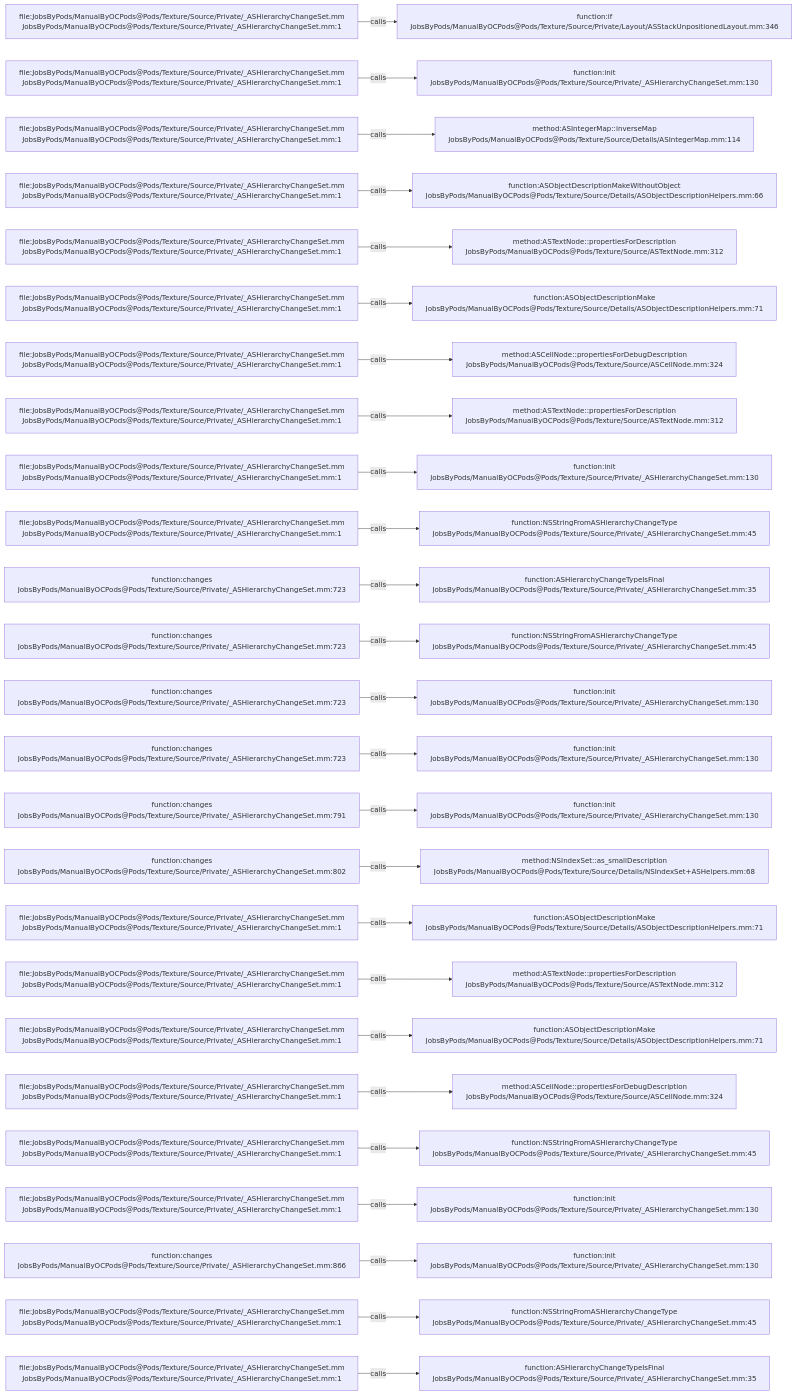
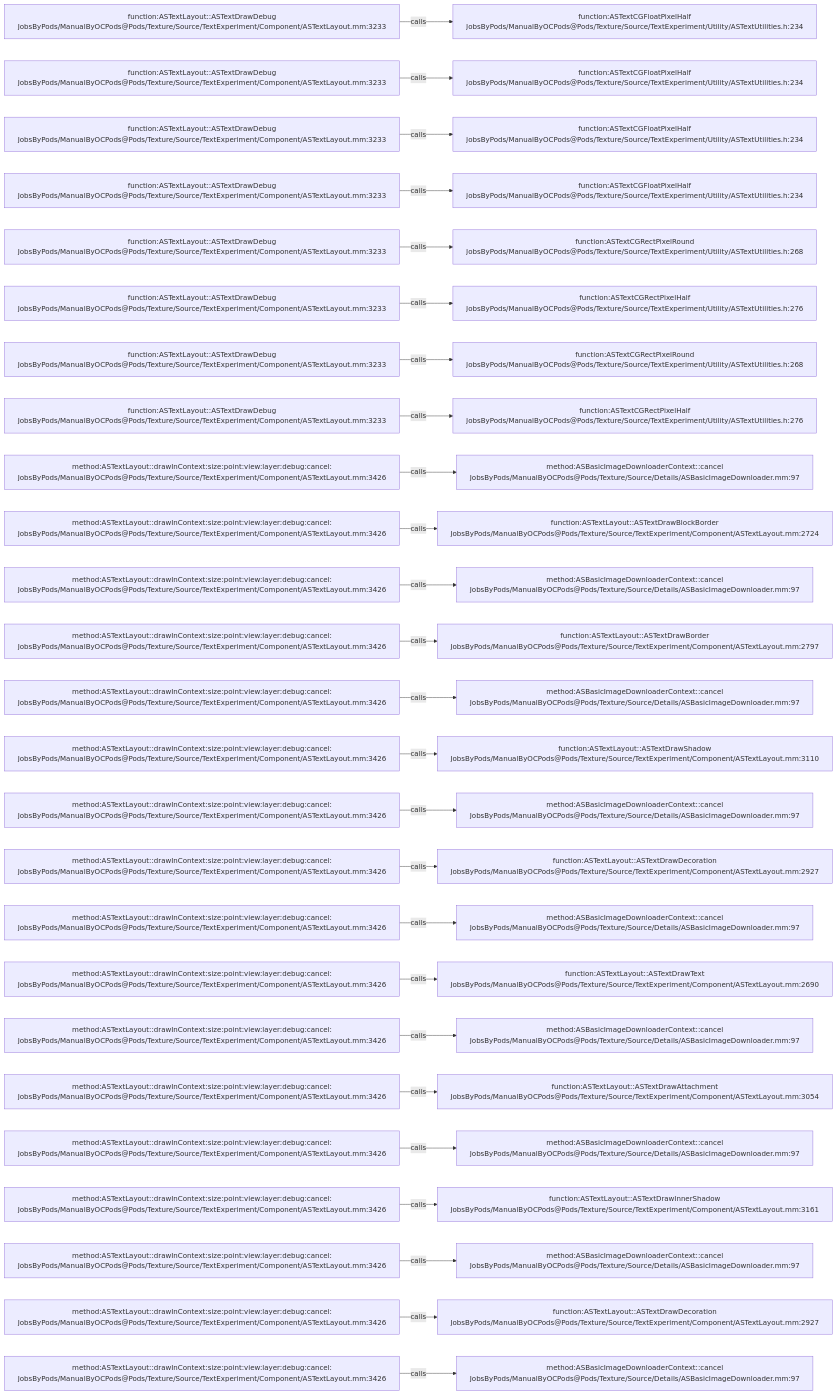
The diagram in .codegraph/codegraph.md/graphs/calls-190.md (JobsKits/JobsOCBaseConfigDemo), drawn with Mermaid before and after one commit. The commit also changed 2723 other files, not shown here.

````diff
--- a/.codegraph/codegraph.md/graphs/calls-190.md
+++ b/.codegraph/codegraph.md/graphs/calls-190.md
@@ -13,78 +13,78 @@
 ```mermaid
 flowchart LR
-  S1["file:JobsByPods/ManualByOCPods@Pods/Texture/Source/Private/_ASHierarchyChangeSet.mm<br/>JobsByPods/ManualByOCPods@Pods/Texture/Source/Private/_ASHierarchyChangeSet.mm:1"]
-  T1["function:if<br/>JobsByPods/ManualByOCPods@Pods/Texture/Source/Private/Layout/ASStackUnpositionedLayout.mm:346"]
+  S1["function:ASTextLayout::ASTextDrawDebug<br/>JobsByPods/ManualByOCPods@Pods/Texture/Source/TextExperiment/Component/ASTextLayout.mm:3233"]
+  T1["function:ASTextCGFloatPixelHalf<br/>JobsByPods/ManualByOCPods@Pods/Texture/Source/TextExperiment/Utility/ASTextUtilities.h:234"]
   S1 -->|calls| T1
-  S2["file:JobsByPods/ManualByOCPods@Pods/Texture/Source/Private/_ASHierarchyChangeSet.mm<br/>JobsByPods/ManualByOCPods@Pods/Texture/Source/Private/_ASHierarchyChangeSet.mm:1"]
-  T2["function:init<br/>JobsByPods/ManualByOCPods@Pods/Texture/Source/Private/_ASHierarchyChangeSet.mm:130"]
+  S2["function:ASTextLayout::ASTextDrawDebug<br/>JobsByPods/ManualByOCPods@Pods/Texture/Source/TextExperiment/Component/ASTextLayout.mm:3233"]
+  T2["function:ASTextCGFloatPixelHalf<br/>JobsByPods/ManualByOCPods@Pods/Texture/Source/TextExperiment/Utility/ASTextUtilities.h:234"]
   S2 -->|calls| T2
-  S3["file:JobsByPods/ManualByOCPods@Pods/Texture/Source/Private/_ASHierarchyChangeSet.mm<br/>JobsByPods/ManualByOCPods@Pods/Texture/Source/Private/_ASHierarchyChangeSet.mm:1"]
-  T3["method:ASIntegerMap::inverseMap<br/>JobsByPods/ManualByOCPods@Pods/Texture/Source/Details/ASIntegerMap.mm:114"]
+  S3["function:ASTextLayout::ASTextDrawDebug<br/>JobsByPods/ManualByOCPods@Pods/Texture/Source/TextExperiment/Component/ASTextLayout.mm:3233"]
+  T3["function:ASTextCGFloatPixelHalf<br/>JobsByPods/ManualByOCPods@Pods/Texture/Source/TextExperiment/Utility/ASTextUtilities.h:234"]
   S3 -->|calls| T3
-  S4["file:JobsByPods/ManualByOCPods@Pods/Texture/Source/Private/_ASHierarchyChangeSet.mm<br/>JobsByPods/ManualByOCPods@Pods/Texture/Source/Private/_ASHierarchyChangeSet.mm:1"]
-  T4["function:ASObjectDescriptionMakeWithoutObject<br/>JobsByPods/ManualByOCPods@Pods/Texture/Source/Details/ASObjectDescriptionHelpers.mm:66"]
+  S4["function:ASTextLayout::ASTextDrawDebug<br/>JobsByPods/ManualByOCPods@Pods/Texture/Source/TextExperiment/Component/ASTextLayout.mm:3233"]
+  T4["function:ASTextCGFloatPixelHalf<br/>JobsByPods/ManualByOCPods@Pods/Texture/Source/TextExperiment/Utility/ASTextUtilities.h:234"]
   S4 -->|calls| T4
-  S5["file:JobsByPods/ManualByOCPods@Pods/Texture/Source/Private/_ASHierarchyChangeSet.mm<br/>JobsByPods/ManualByOCPods@Pods/Texture/Source/Private/_ASHierarchyChangeSet.mm:1"]
-  T5["method:ASTextNode::propertiesForDescription<br/>JobsByPods/ManualByOCPods@Pods/Texture/Source/ASTextNode.mm:312"]
+  S5["function:ASTextLayout::ASTextDrawDebug<br/>JobsByPods/ManualByOCPods@Pods/Texture/Source/TextExperiment/Component/ASTextLayout.mm:3233"]
+  T5["function:ASTextCGRectPixelRound<br/>JobsByPods/ManualByOCPods@Pods/Texture/Source/TextExperiment/Utility/ASTextUtilities.h:268"]
   S5 -->|calls| T5
-  S6["file:JobsByPods/ManualByOCPods@Pods/Texture/Source/Private/_ASHierarchyChangeSet.mm<br/>JobsByPods/ManualByOCPods@Pods/Texture/Source/Private/_ASHierarchyChangeSet.mm:1"]
-  T6["function:ASObjectDescriptionMake<br/>JobsByPods/ManualByOCPods@Pods/Texture/Source/Details/ASObjectDescriptionHelpers.mm:71"]
+  S6["function:ASTextLayout::ASTextDrawDebug<br/>JobsByPods/ManualByOCPods@Pods/Texture/Source/TextExperiment/Component/ASTextLayout.mm:3233"]
+  T6["function:ASTextCGRectPixelHalf<br/>JobsByPods/ManualByOCPods@Pods/Texture/Source/TextExperiment/Utility/ASTextUtilities.h:276"]
   S6 -->|calls| T6
-  S7["file:JobsByPods/ManualByOCPods@Pods/Texture/Source/Private/_ASHierarchyChangeSet.mm<br/>JobsByPods/ManualByOCPods@Pods/Texture/Source/Private/_ASHierarchyChangeSet.mm:1"]
-  T7["method:ASCellNode::propertiesForDebugDescription<br/>JobsByPods/ManualByOCPods@Pods/Texture/Source/ASCellNode.mm:324"]
+  S7["function:ASTextLayout::ASTextDrawDebug<br/>JobsByPods/ManualByOCPods@Pods/Texture/Source/TextExperiment/Component/ASTextLayout.mm:3233"]
+  T7["function:ASTextCGRectPixelRound<br/>JobsByPods/ManualByOCPods@Pods/Texture/Source/TextExperiment/Utility/ASTextUtilities.h:268"]
   S7 -->|calls| T7
-  S8["file:JobsByPods/ManualByOCPods@Pods/Texture/Source/Private/_ASHierarchyChangeSet.mm<br/>JobsByPods/ManualByOCPods@Pods/Texture/Source/Private/_ASHierarchyChangeSet.mm:1"]
-  T8["method:ASTextNode::propertiesForDescription<br/>JobsByPods/ManualByOCPods@Pods/Texture/Source/ASTextNode.mm:312"]
+  S8["function:ASTextLayout::ASTextDrawDebug<br/>JobsByPods/ManualByOCPods@Pods/Texture/Source/TextExperiment/Component/ASTextLayout.mm:3233"]
+  T8["function:ASTextCGRectPixelHalf<br/>JobsByPods/ManualByOCPods@Pods/Texture/Source/TextExperiment/Utility/ASTextUtilities.h:276"]
   S8 -->|calls| T8
-  S9["file:JobsByPods/ManualByOCPods@Pods/Texture/Source/Private/_ASHierarchyChangeSet.mm<br/>JobsByPods/ManualByOCPods@Pods/Texture/Source/Private/_ASHierarchyChangeSet.mm:1"]
-  T9["function:init<br/>JobsByPods/ManualByOCPods@Pods/Texture/Source/Private/_ASHierarchyChangeSet.mm:130"]
+  S9["method:ASTextLayout::drawInContext:size:point:view:layer:debug:cancel:<br/>JobsByPods/ManualByOCPods@Pods/Texture/Source/TextExperiment/Component/ASTextLayout.mm:3426"]
+  T9["method:ASBasicImageDownloaderContext::cancel<br/>JobsByPods/ManualByOCPods@Pods/Texture/Source/Details/ASBasicImageDownloader.mm:97"]
   S9 -->|calls| T9
-  S10["file:JobsByPods/ManualByOCPods@Pods/Texture/Source/Private/_ASHierarchyChangeSet.mm<br/>JobsByPods/ManualByOCPods@Pods/Texture/Source/Private/_ASHierarchyChangeSet.mm:1"]
-  T10["function:NSStringFromASHierarchyChangeType<br/>JobsByPods/ManualByOCPods@Pods/Texture/Source/Private/_ASHierarchyChangeSet.mm:45"]
+  S10["method:ASTextLayout::drawInContext:size:point:view:layer:debug:cancel:<br/>JobsByPods/ManualByOCPods@Pods/Texture/Source/TextExperiment/Component/ASTextLayout.mm:3426"]
+  T10["function:ASTextLayout::ASTextDrawBlockBorder<br/>JobsByPods/ManualByOCPods@Pods/Texture/Source/TextExperiment/Component/ASTextLayout.mm:2724"]
   S10 -->|calls| T10
-  S11["function:changes<br/>JobsByPods/ManualByOCPods@Pods/Texture/Source/Private/_ASHierarchyChangeSet.mm:723"]
-  T11["function:ASHierarchyChangeTypeIsFinal<br/>JobsByPods/ManualByOCPods@Pods/Texture/Source/Private/_ASHierarchyChangeSet.mm:35"]
+  S11["method:ASTextLayout::drawInContext:size:point:view:layer:debug:cancel:<br/>JobsByPods/ManualByOCPods@Pods/Texture/Source/TextExperiment/Component/ASTextLayout.mm:3426"]
+  T11["method:ASBasicImageDownloaderContext::cancel<br/>JobsByPods/ManualByOCPods@Pods/Texture/Source/Details/ASBasicImageDownloader.mm:97"]
   S11 -->|calls| T11
-  S12["function:changes<br/>JobsByPods/ManualByOCPods@Pods/Texture/Source/Private/_ASHierarchyChangeSet.mm:723"]
-  T12["function:NSStringFromASHierarchyChangeType<br/>JobsByPods/ManualByOCPods@Pods/Texture/Source/Private/_ASHierarchyChangeSet.mm:45"]
+  S12["method:ASTextLayout::drawInContext:size:point:view:layer:debug:cancel:<br/>JobsByPods/ManualByOCPods@Pods/Texture/Source/TextExperiment/Component/ASTextLayout.mm:3426"]
+  T12["function:ASTextLayout::ASTextDrawBorder<br/>JobsByPods/ManualByOCPods@Pods/Texture/Source/TextExperiment/Component/ASTextLayout.mm:2797"]
   S12 -->|calls| T12
-  S13["function:changes<br/>JobsByPods/ManualByOCPods@Pods/Texture/Source/Private/_ASHierarchyChangeSet.mm:723"]
-  T13["function:init<br/>JobsByPods/ManualByOCPods@Pods/Texture/Source/Private/_ASHierarchyChangeSet.mm:130"]
+  S13["method:ASTextLayout::drawInContext:size:point:view:layer:debug:cancel:<br/>JobsByPods/ManualByOCPods@Pods/Texture/Source/TextExperiment/Component/ASTextLayout.mm:3426"]
+  T13["method:ASBasicImageDownloaderContext::cancel<br/>JobsByPods/ManualByOCPods@Pods/Texture/Source/Details/ASBasicImageDownloader.mm:97"]
   S13 -->|calls| T13
-  S14["function:changes<br/>JobsByPods/ManualByOCPods@Pods/Texture/Source/Private/_ASHierarchyChangeSet.mm:723"]
-  T14["function:init<br/>JobsByPods/ManualByOCPods@Pods/Texture/Source/Private/_ASHierarchyChangeSet.mm:130"]
+  S14["method:ASTextLayout::drawInContext:size:point:view:layer:debug:cancel:<br/>JobsByPods/ManualByOCPods@Pods/Texture/Source/TextExperiment/Component/ASTextLayout.mm:3426"]
+  T14["function:ASTextLayout::ASTextDrawShadow<br/>JobsByPods/ManualByOCPods@Pods/Texture/Source/TextExperiment/Component/ASTextLayout.mm:3110"]
   S14 -->|calls| T14
-  S15["function:changes<br/>JobsByPods/ManualByOCPods@Pods/Texture/Source/Private/_ASHierarchyChangeSet.mm:791"]
-  T15["function:init<br/>JobsByPods/ManualByOCPods@Pods/Texture/Source/Private/_ASHierarchyChangeSet.mm:130"]
+  S15["method:ASTextLayout::drawInContext:size:point:view:layer:debug:cancel:<br/>JobsByPods/ManualByOCPods@Pods/Texture/Source/TextExperiment/Component/ASTextLayout.mm:3426"]
+  T15["method:ASBasicImageDownloaderContext::cancel<br/>JobsByPods/ManualByOCPods@Pods/Texture/Source/Details/ASBasicImageDownloader.mm:97"]
   S15 -->|calls| T15
-  S16["function:changes<br/>JobsByPods/ManualByOCPods@Pods/Texture/Source/Private/_ASHierarchyChangeSet.mm:802"]
-  T16["method:NSIndexSet::as_smallDescription<br/>JobsByPods/ManualByOCPods@Pods/Texture/Source/Details/NSIndexSet+ASHelpers.mm:68"]
+  S16["method:ASTextLayout::drawInContext:size:point:view:layer:debug:cancel:<br/>JobsByPods/ManualByOCPods@Pods/Texture/Source/TextExperiment/Component/ASTextLayout.mm:3426"]
+  T16["function:ASTextLayout::ASTextDrawDecoration<br/>JobsByPods/ManualByOCPods@Pods/Texture/Source/TextExperiment/Component/ASTextLayout.mm:2927"]
   S16 -->|calls| T16
-  S17["file:JobsByPods/ManualByOCPods@Pods/Texture/Source/Private/_ASHierarchyChangeSet.mm<br/>JobsByPods/ManualByOCPods@Pods/Texture/Source/Private/_ASHierarchyChangeSet.mm:1"]
-  T17["function:ASObjectDescriptionMake<br/>JobsByPods/ManualByOCPods@Pods/Texture/Source/Details/ASObjectDescriptionHelpers.mm:71"]
+  S17["method:ASTextLayout::drawInContext:size:point:view:layer:debug:cancel:<br/>JobsByPods/ManualByOCPods@Pods/Texture/Source/TextExperiment/Component/ASTextLayout.mm:3426"]
+  T17["method:ASBasicImageDownloaderContext::cancel<br/>JobsByPods/ManualByOCPods@Pods/Texture/Source/Details/ASBasicImageDownloader.mm:97"]
   S17 -->|calls| T17
-  S18["file:JobsByPods/ManualByOCPods@Pods/Texture/Source/Private/_ASHierarchyChangeSet.mm<br/>JobsByPods/ManualByOCPods@Pods/Texture/Source/Private/_ASHierarchyChangeSet.mm:1"]
-  T18["method:ASTextNode::propertiesForDescription<br/>JobsByPods/ManualByOCPods@Pods/Texture/Source/ASTextNode.mm:312"]
+  S18["method:ASTextLayout::drawInContext:size:point:view:layer:debug:cancel:<br/>JobsByPods/ManualByOCPods@Pods/Texture/Source/TextExperiment/Component/ASTextLayout.mm:3426"]
+  T18["function:ASTextLayout::ASTextDrawText<br/>JobsByPods/ManualByOCPods@Pods/Texture/Source/TextExperiment/Component/ASTextLayout.mm:2690"]
   S18 -->|calls| T18
-  S19["file:JobsByPods/ManualByOCPods@Pods/Texture/Source/Private/_ASHierarchyChangeSet.mm<br/>JobsByPods/ManualByOCPods@Pods/Texture/Source/Private/_ASHierarchyChangeSet.mm:1"]
-  T19["function:ASObjectDescriptionMake<br/>JobsByPods/ManualByOCPods@Pods/Texture/Source/Details/ASObjectDescriptionHelpers.mm:71"]
+  S19["method:ASTextLayout::drawInContext:size:point:view:layer:debug:cancel:<br/>JobsByPods/ManualByOCPods@Pods/Texture/Source/TextExperiment/Component/ASTextLayout.mm:3426"]
+  T19["method:ASBasicImageDownloaderContext::cancel<br/>JobsByPods/ManualByOCPods@Pods/Texture/Source/Details/ASBasicImageDownloader.mm:97"]
   S19 -->|calls| T19
-  S20["file:JobsByPods/ManualByOCPods@Pods/Texture/Source/Private/_ASHierarchyChangeSet.mm<br/>JobsByPods/ManualByOCPods@Pods/Texture/Source/Private/_ASHierarchyChangeSet.mm:1"]
-  T20["method:ASCellNode::propertiesForDebugDescription<br/>JobsByPods/ManualByOCPods@Pods/Texture/Source/ASCellNode.mm:324"]
+  S20["method:ASTextLayout::drawInContext:size:point:view:layer:debug:cancel:<br/>JobsByPods/ManualByOCPods@Pods/Texture/Source/TextExperiment/Component/ASTextLayout.mm:3426"]
+  T20["function:ASTextLayout::ASTextDrawAttachment<br/>JobsByPods/ManualByOCPods@Pods/Texture/Source/TextExperiment/Component/ASTextLayout.mm:3054"]
   S20 -->|calls| T20
-  S21["file:JobsByPods/ManualByOCPods@Pods/Texture/Source/Private/_ASHierarchyChangeSet.mm<br/>JobsByPods/ManualByOCPods@Pods/Texture/Source/Private/_ASHierarchyChangeSet.mm:1"]
-  T21["function:NSStringFromASHierarchyChangeType<br/>JobsByPods/ManualByOCPods@Pods/Texture/Source/Private/_ASHierarchyChangeSet.mm:45"]
+  S21["method:ASTextLayout::drawInContext:size:point:view:layer:debug:cancel:<br/>JobsByPods/ManualByOCPods@Pods/Texture/Source/TextExperiment/Component/ASTextLayout.mm:3426"]
+  T21["method:ASBasicImageDownloaderContext::cancel<br/>JobsByPods/ManualByOCPods@Pods/Texture/Source/Details/ASBasicImageDownloader.mm:97"]
   S21 -->|calls| T21
-  S22["file:JobsByPods/ManualByOCPods@Pods/Texture/Source/Private/_ASHierarchyChangeSet.mm<br/>JobsByPods/ManualByOCPods@Pods/Texture/Source/Private/_ASHierarchyChangeSet.mm:1"]
-  T22["function:init<br/>JobsByPods/ManualByOCPods@Pods/Texture/Source/Private/_ASHierarchyChangeSet.mm:130"]
+  S22["method:ASTextLayout::drawInContext:size:point:view:layer:debug:cancel:<br/>JobsByPods/ManualByOCPods@Pods/Texture/Source/TextExperiment/Component/ASTextLayout.mm:3426"]
+  T22["function:ASTextLayout::ASTextDrawInnerShadow<br/>JobsByPods/ManualByOCPods@Pods/Texture/Source/TextExperiment/Component/ASTextLayout.mm:3161"]
   S22 -->|calls| T22
-  S23["function:changes<br/>JobsByPods/ManualByOCPods@Pods/Texture/Source/Private/_ASHierarchyChangeSet.mm:866"]
-  T23["function:init<br/>JobsByPods/ManualByOCPods@Pods/Texture/Source/Private/_ASHierarchyChangeSet.mm:130"]
+  S23["method:ASTextLayout::drawInContext:size:point:view:layer:debug:cancel:<br/>JobsByPods/ManualByOCPods@Pods/Texture/Source/TextExperiment/Component/ASTextLayout.mm:3426"]
+  T23["method:ASBasicImageDownloaderContext::cancel<br/>JobsByPods/ManualByOCPods@Pods/Texture/Source/Details/ASBasicImageDownloader.mm:97"]
   S23 -->|calls| T23
-  S24["file:JobsByPods/ManualByOCPods@Pods/Texture/Source/Private/_ASHierarchyChangeSet.mm<br/>JobsByPods/ManualByOCPods@Pods/Texture/Source/Private/_ASHierarchyChangeSet.mm:1"]
-  T24["function:NSStringFromASHierarchyChangeType<br/>JobsByPods/ManualByOCPods@Pods/Texture/Source/Private/_ASHierarchyChangeSet.mm:45"]
+  S24["method:ASTextLayout::drawInContext:size:point:view:layer:debug:cancel:<br/>JobsByPods/ManualByOCPods@Pods/Texture/Source/TextExperiment/Component/ASTextLayout.mm:3426"]
+  T24["function:ASTextLayout::ASTextDrawDecoration<br/>JobsByPods/ManualByOCPods@Pods/Texture/Source/TextExperiment/Component/ASTextLayout.mm:2927"]
   S24 -->|calls| T24
-  S25["file:JobsByPods/ManualByOCPods@Pods/Texture/Source/Private/_ASHierarchyChangeSet.mm<br/>JobsByPods/ManualByOCPods@Pods/Texture/Source/Private/_ASHierarchyChangeSet.mm:1"]
-  T25["function:ASHierarchyChangeTypeIsFinal<br/>JobsByPods/ManualByOCPods@Pods/Texture/Source/Private/_ASHierarchyChangeSet.mm:35"]
+  S25["method:ASTextLayout::drawInContext:size:point:view:layer:debug:cancel:<br/>JobsByPods/ManualByOCPods@Pods/Texture/Source/TextExperiment/Component/ASTextLayout.mm:3426"]
+  T25["method:ASBasicImageDownloaderContext::cancel<br/>JobsByPods/ManualByOCPods@Pods/Texture/Source/Details/ASBasicImageDownloader.mm:97"]
   S25 -->|calls| T25
 ```
````
